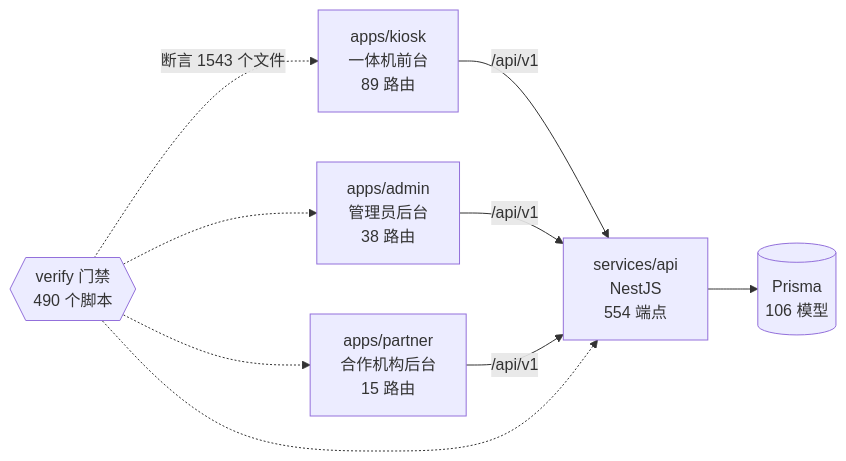
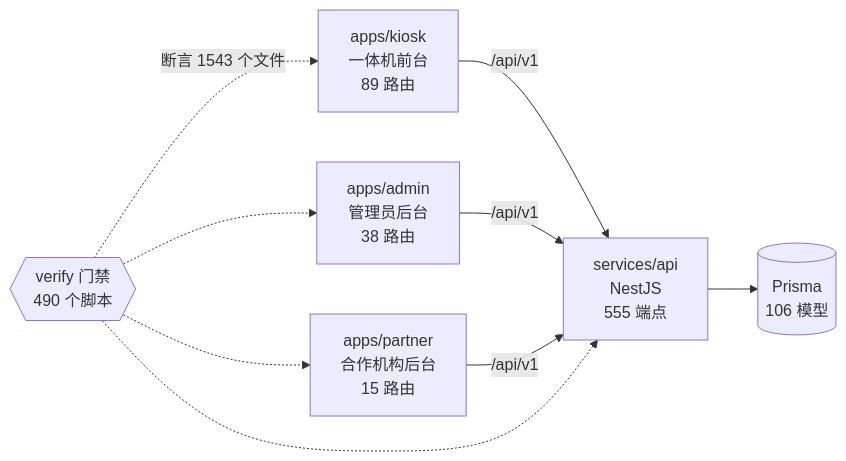
Before and after one commit to wanglei581/YITIJI: the diagram in docs/graph/README.md, drawn with Mermaid. The commit also changed other lines of this file and 3 other files, not shown here.

````diff
--- a/docs/graph/README.md
+++ b/docs/graph/README.md
@@ -68,18 +68,18 @@
 ```mermaid
 flowchart LR
   kiosk["apps/kiosk<br/>一体机前台<br/>89 路由"]
   admin["apps/admin<br/>管理员后台<br/>38 路由"]
   partner["apps/partner<br/>合作机构后台<br/>15 路由"]
-  api["services/api<br/>NestJS<br/>554 端点"]
+  api["services/api<br/>NestJS<br/>555 端点"]
   db[("Prisma<br/>106 模型")]
   gates{{"verify 门禁<br/>490 个脚本"}}
 
   kiosk -->|"/api/v1"| api
   admin -->|"/api/v1"| api
   partner -->|"/api/v1"| api
   api --> db
   gates -.->|"断言 1543 个文件"| kiosk
   gates -.-> admin
   gates -.-> partner
   gates -.-> api
 ```
````
